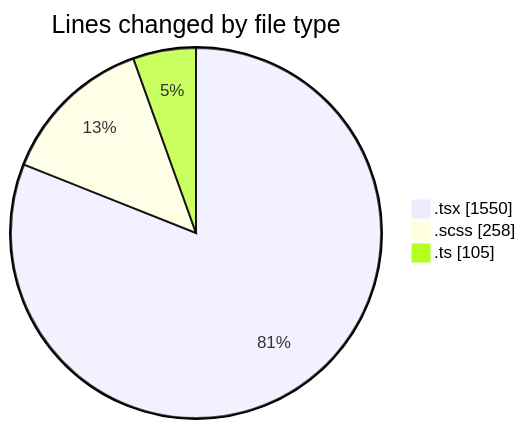
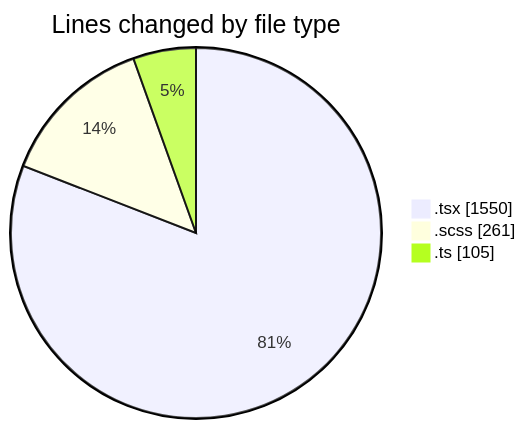
Before and after one commit to momahboobian/code-tracking: the first of 2 diagrams in 2026-11-06/cda/README.md, drawn with Mermaid. The commit also changed other lines of this file and 1 other file, not shown here.

````diff
--- a/2026-11-06/cda/README.md
+++ b/2026-11-06/cda/README.md
@@ -36,7 +36,7 @@
 ```mermaid
 pie showData
 title Lines changed by file type
 ".tsx" : 1550
-".scss" : 258
+".scss" : 261
 ".ts" : 105
 ```
````
